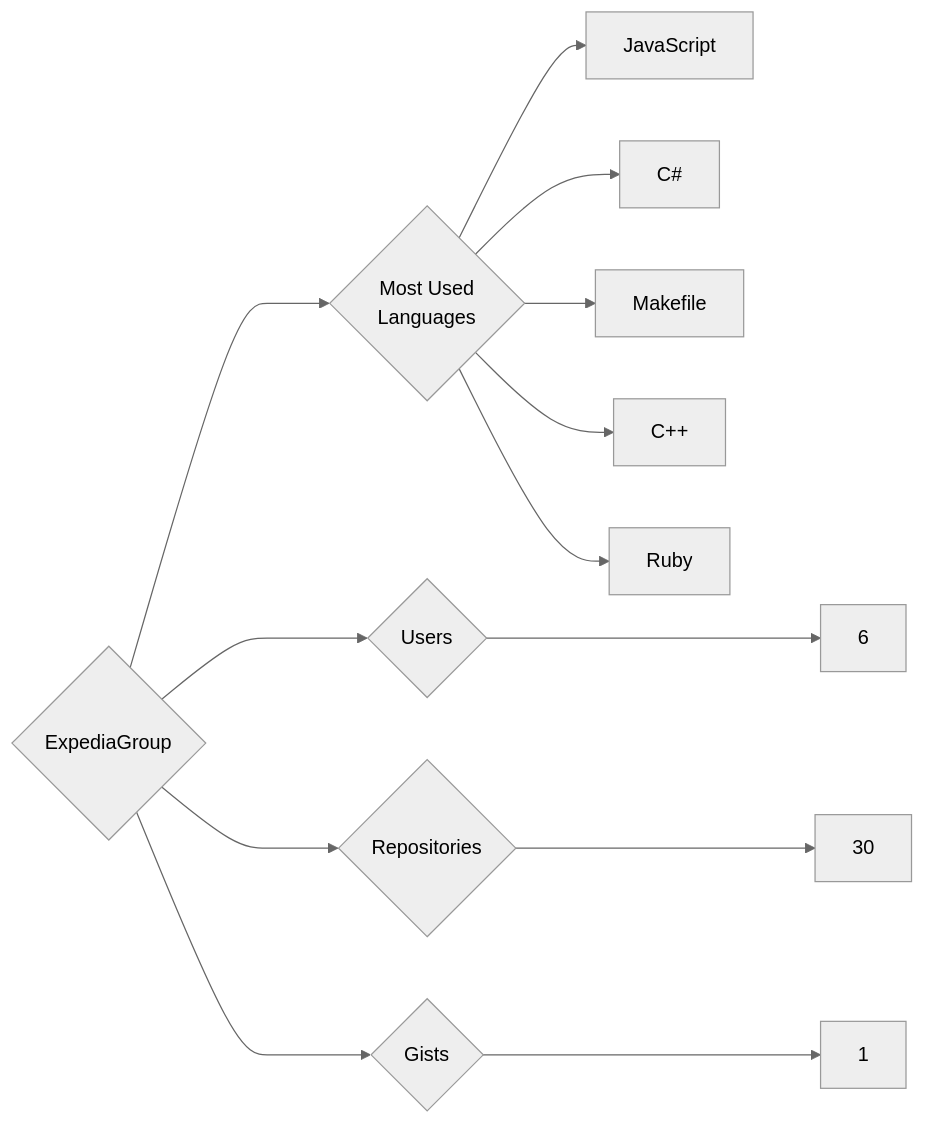
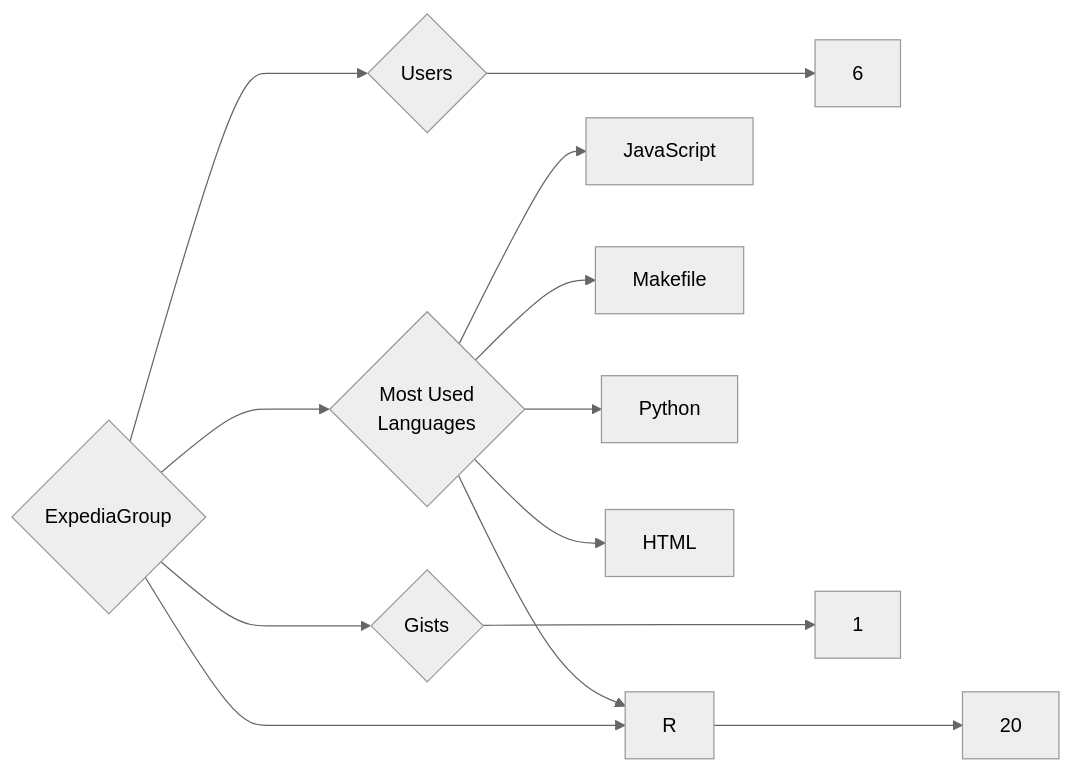
The diagram in targets/ExpediaGroup/README.md (trickest/insiders), drawn with Mermaid (neutral theme) before and after one commit. The commit also changed 988 other files, not shown here.

````diff
--- a/targets/ExpediaGroup/README.md
+++ b/targets/ExpediaGroup/README.md
@@ -3,13 +3,13 @@
 ```mermaid
 graph LR
 COMPANY_NAME{ExpediaGroup}
 COMPANY_NAME ---> U{Users} ---> UN[6]
-COMPANY_NAME ---> R{Repositories} ---> RN[30]
+COMPANY_NAME ---> R{Repositories} ---> RN[20]
 COMPANY_NAME ---> G{Gists} ---> GN[1]
 COMPANY_NAME ---> ML{Most Used<br>Languages}
 ML --> JavaScript[JavaScript]
-ML --> C#[C#]
 ML --> Makefile[Makefile]
-ML --> C++[C++]
-ML --> Ruby[Ruby]
+ML --> R[R]
+ML --> Python[Python]
+ML --> HTML[HTML]
 ```
````
